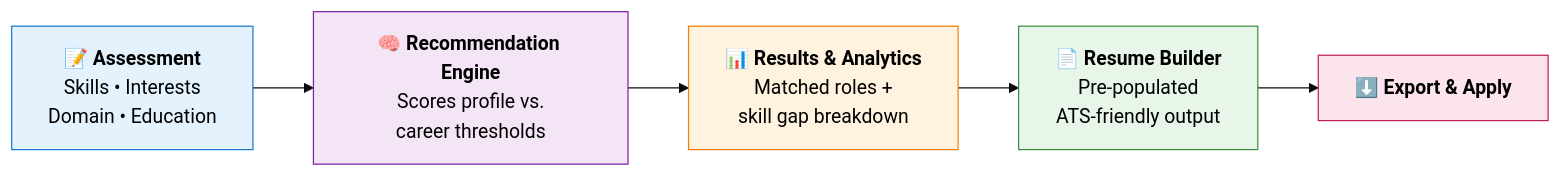
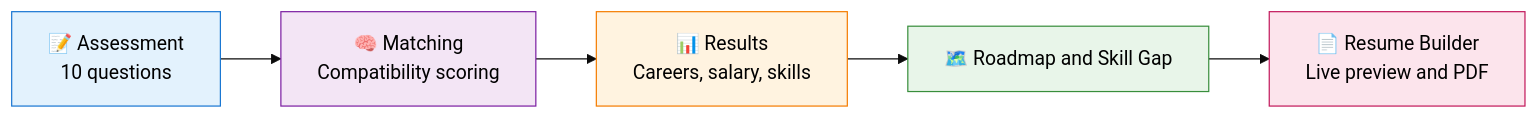
Before and after one commit to Bharath-B2411/futurepathx-career-recommender: the diagram in README.md, drawn with Mermaid (base theme). The commit also changed other lines of this file, not shown here.

````diff
--- a/README.md
+++ b/README.md
@@ -124,13 +123,13 @@
 ```mermaid
 flowchart LR
-    A["📝 <b>Assessment</b><br/>Skills • Interests<br/>Domain • Education"] --> B["🧠 <b>Recommendation Engine</b><br/>Scores profile vs.<br/>career thresholds"]
-    B --> C["📊 <b>Results & Analytics</b><br/>Matched roles +<br/>skill gap breakdown"]
-    C --> D["📄 <b>Resume Builder</b><br/>Pre-populated<br/>ATS-friendly output"]
-    D --> E["⬇️ <b>Export & Apply</b>"]
+    A["📝 Assessment<br/>10 questions"] --> B["🧠 Matching<br/>Compatibility scoring"]
+    B --> C["📊 Results<br/>Careers, salary, skills"]
+    C --> D["🗺️ Roadmap and Skill Gap"]
+    D --> E["📄 Resume Builder<br/>Live preview and PDF"]
 
     style A fill:#e3f2fd,stroke:#1976d2,color:#000
     style B fill:#f3e5f5,stroke:#7b1fa2,color:#000
     style C fill:#fff3e0,stroke:#f57c00,color:#000
     style D fill:#e8f5e9,stroke:#388e3c,color:#000
     style E fill:#fce4ec,stroke:#c2185b,color:#000
 ```
````
